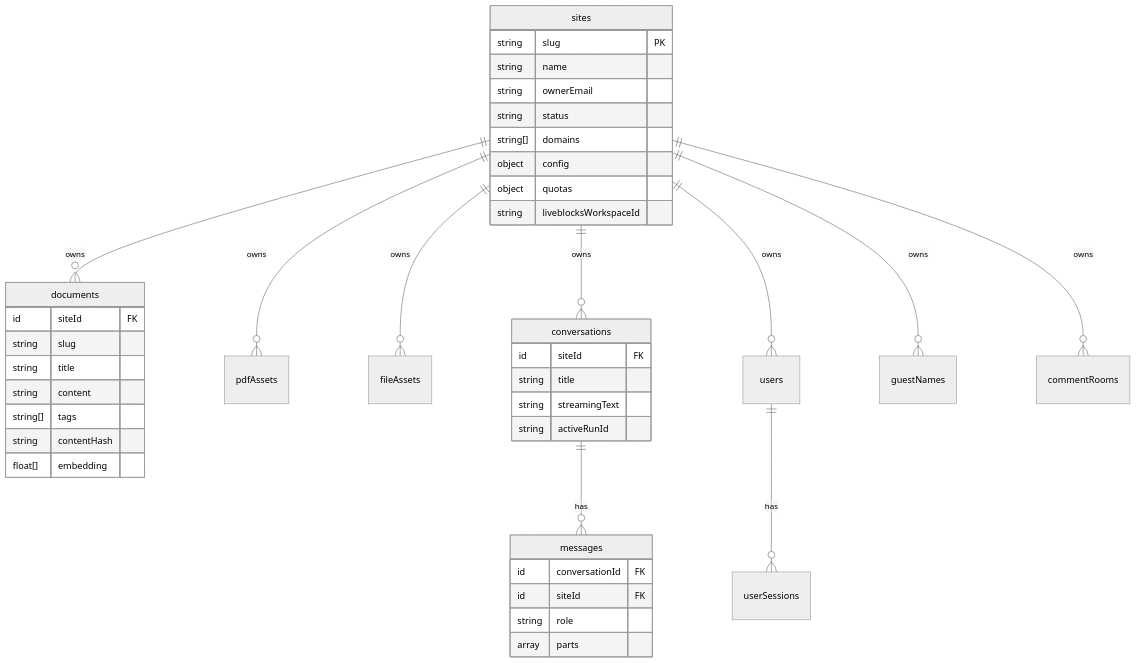
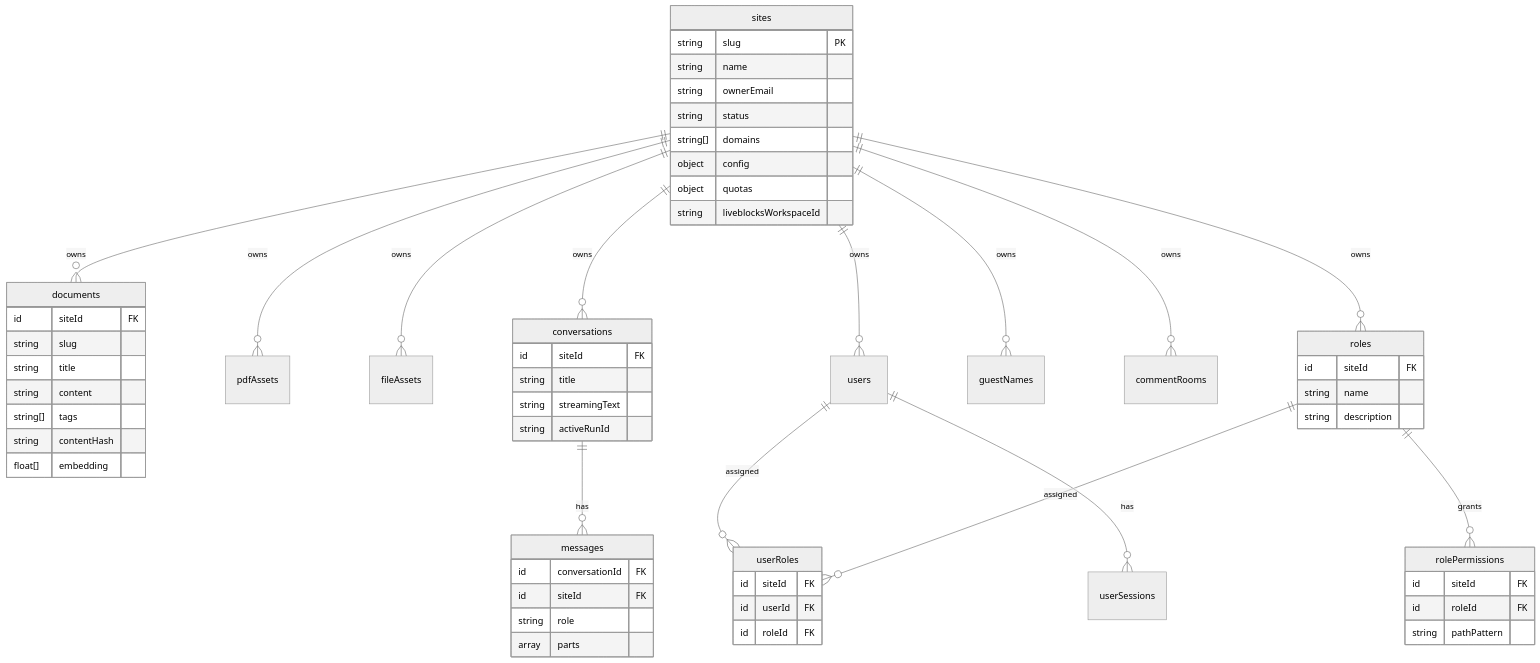
One commit to jasonLaster/oncobase changed the first of 3 diagrams in web/docs/architecture/03-data-model.md. Above: the diagram before and after it, drawn with Mermaid (neutral theme). The commit also changed other lines of this file and 13 other files, not shown here.

````diff
--- a/web/docs/architecture/03-data-model.md
+++ b/web/docs/architecture/03-data-model.md
@@ -7,44 +7,63 @@
 ```mermaid
 erDiagram
   sites ||--o{ documents       : owns
   sites ||--o{ pdfAssets       : owns
   sites ||--o{ fileAssets      : owns
   sites ||--o{ conversations   : owns
   sites ||--o{ users           : owns
   sites ||--o{ guestNames      : owns
   sites ||--o{ commentRooms    : owns
+  sites ||--o{ roles           : owns
+  roles ||--o{ rolePermissions : grants
+  users ||--o{ userRoles       : assigned
+  roles ||--o{ userRoles       : assigned
   conversations ||--o{ messages : has
   users ||--o{ userSessions    : has
 
   sites {
     string slug PK
     string name
     string ownerEmail
     string status
     string[] domains
     object config
     object quotas
     string liveblocksWorkspaceId
   }
   documents {
     id siteId FK
     string slug
     string title
     string content
     string[] tags
     string contentHash
     float[] embedding
   }
   conversations {
     id siteId FK
     string title
     string streamingText
     string activeRunId
   }
   messages {
     id conversationId FK
     id siteId FK
     string role
     array parts
   }
+  roles {
+    id siteId FK
+    string name
+    string description
+  }
+  rolePermissions {
+    id siteId FK
+    id roleId FK
+    string pathPattern
+  }
+  userRoles {
+    id siteId FK
+    id userId FK
+    id roleId FK
+  }
 ```
````
